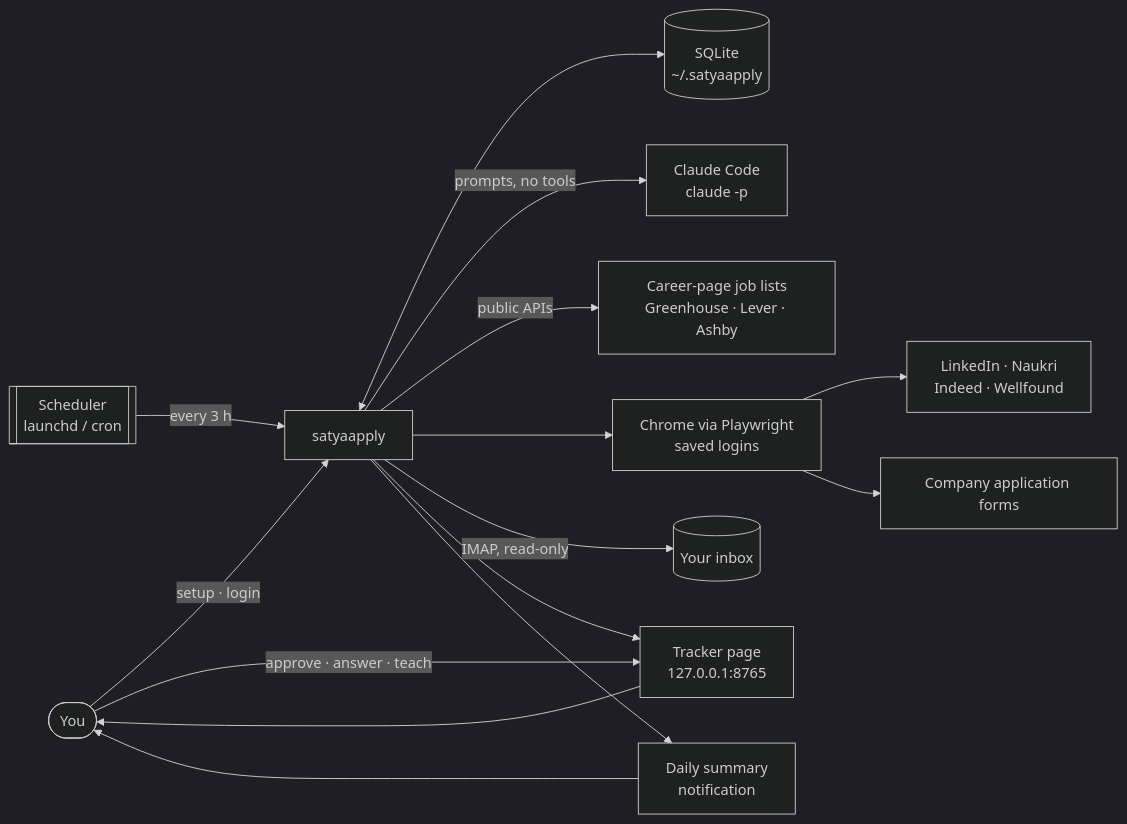
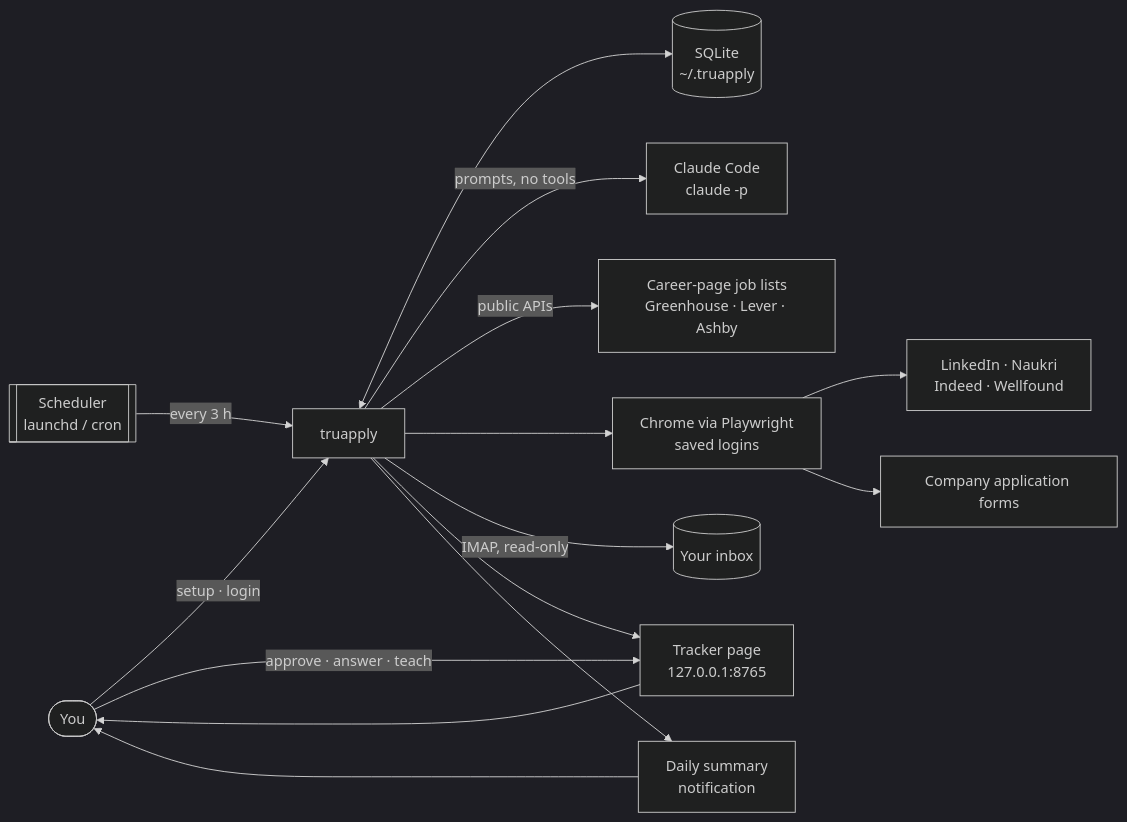
Before and after one commit to Avijit07x/truapply: the diagram in docs/README.md, drawn with Mermaid (dark theme). The commit also changed other lines of this file and 289 other files, not shown here.

````diff
--- a/docs/README.md
+++ b/docs/README.md
@@ -7,17 +7,17 @@
 ```mermaid
 flowchart LR
-  user([You]) -- "setup · login" --> cli[satyaapply]
+  user([You]) -- "setup · login" --> cli[truapply]
   sched[["Scheduler<br/>launchd / cron"]] -- "every 3 h" --> cli
-  cli <--> store[("SQLite<br/>~/.satyaapply")]
+  cli <--> store[("SQLite<br/>~/.truapply")]
   cli -- "prompts, no tools" --> ai["Claude Code<br/>claude -p"]
   cli -- "public APIs" --> api["Career-page job lists<br/>Greenhouse · Lever · Ashby"]
   cli --> browser["Chrome via Playwright<br/>saved logins"]
   browser --> sites["LinkedIn · Naukri<br/>Indeed · Wellfound"]
   browser --> forms["Company application forms"]
   cli -- "IMAP, read-only" --> mail[("Your inbox")]
   cli --> tracker["Tracker page<br/>127.0.0.1:8765"]
   cli --> notify["Daily summary<br/>notification"]
   tracker --> user
   user -- "approve · answer · teach" --> tracker
   notify --> user
 ```
````
